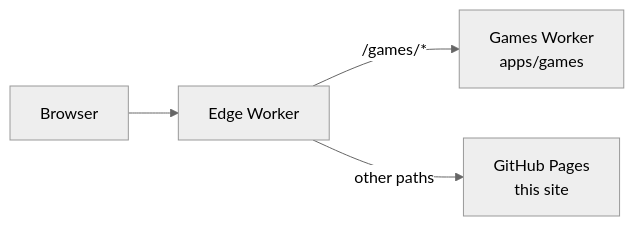
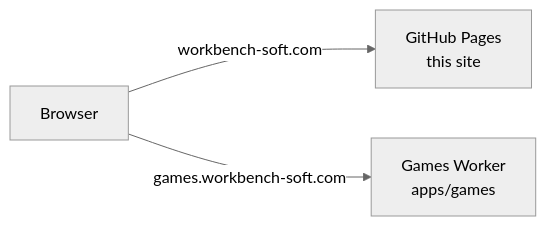
Before and after one commit to workbench-soft/workbench-soft.github.io: the third of 3 diagrams in docs/architecture.md, drawn with Mermaid (neutral theme). The commit also changed other lines of this file and 27 other files, not shown here.

First line of the commit message:
Serve the games at games.workbench-soft.com and list them on the home page (#21)

````diff
--- a/docs/architecture.md
+++ b/docs/architecture.md
@@ -75,6 +75,5 @@
 ```mermaid
 flowchart LR
-  B[Browser] --> E[Edge Worker]
-  E -- /games/* --> G[Games Worker<br/>apps/games]
-  E -- other paths --> P[GitHub Pages<br/>this site]
+  B[Browser] -- workbench-soft.com --> P[GitHub Pages<br/>this site]
+  B -- games.workbench-soft.com --> G[Games Worker<br/>apps/games]
 ```
````
